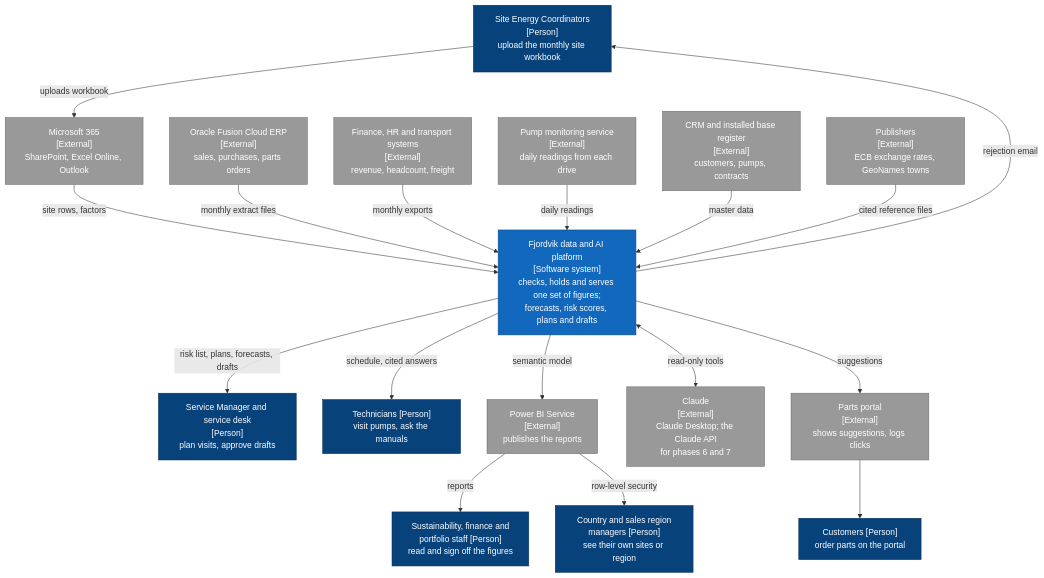
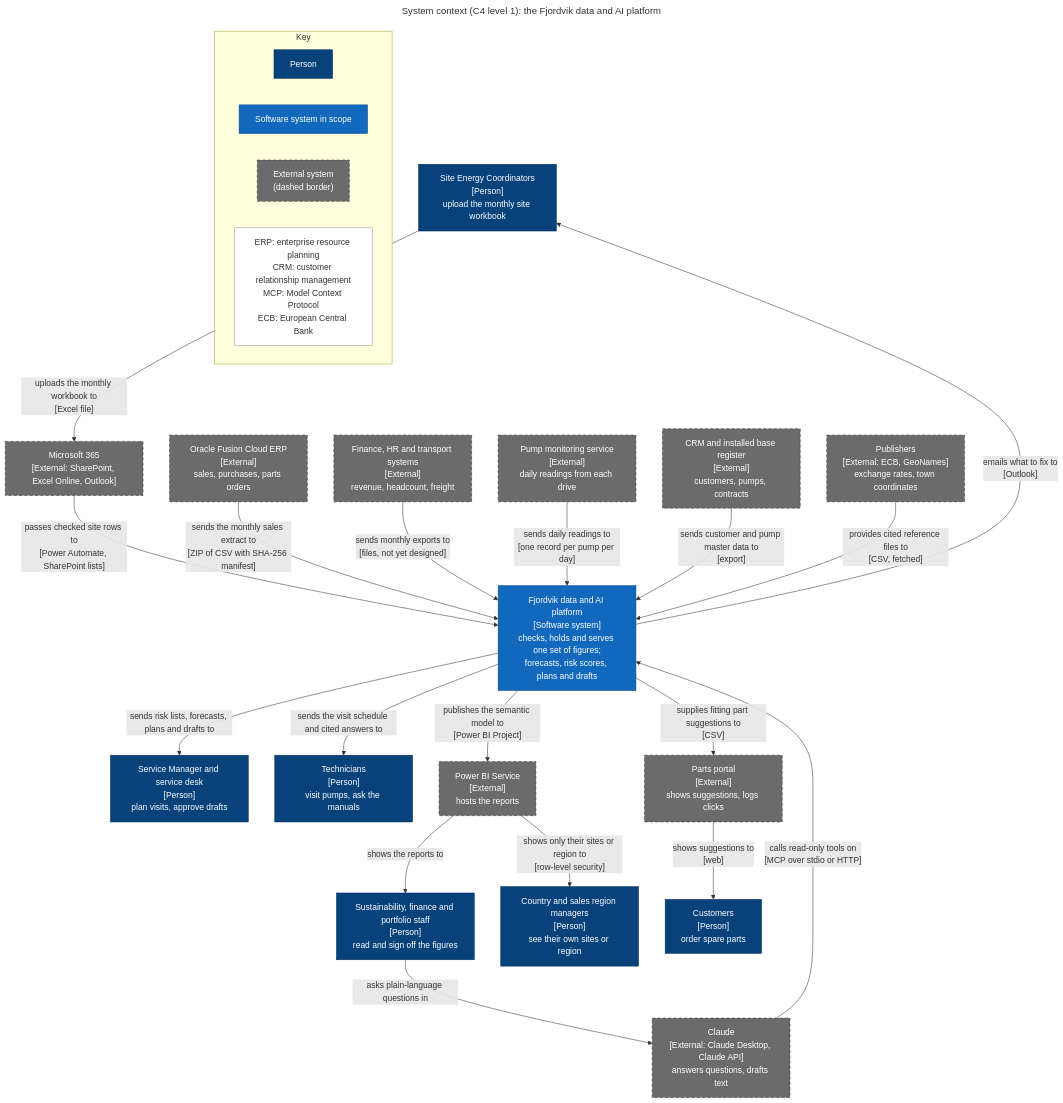
The first of 4 diagrams in docs/architecture.md (voneeci/fjordvik), drawn with Mermaid before and after one commit. The commit also changed other lines of this file and 5 other files, not shown here.

First line of the commit message:
docs: diagrams to the C4 checklist, metric catalogue, folder proposal

````diff
--- a/docs/architecture.md
+++ b/docs/architecture.md
@@ -27,42 +31,55 @@
 ```mermaid
+---
+title: "System context (C4 level 1): the Fjordvik data and AI platform"
+---
 flowchart TB
     classDef person fill:#08427b,color:#ffffff,stroke:#052e56
     classDef system fill:#1168bd,color:#ffffff,stroke:#0b4884
-    classDef external fill:#999999,color:#ffffff,stroke:#6b6b6b
+    classDef external fill:#6b6b6b,color:#ffffff,stroke:#333333,stroke-dasharray:6 4
+    classDef note fill:#ffffff,color:#333333,stroke:#999999
+
+    subgraph KEY["Key"]
+        direction LR
+        K1["Person"]:::person
+        K2["Software system in scope"]:::system
+        K3["External system<br/>(dashed border)"]:::external
+        K4["ERP: enterprise resource planning<br/>CRM: customer relationship management<br/>MCP: Model Context Protocol<br/>ECB: European Central Bank"]:::note
+    end
 
     SEC["Site Energy Coordinators<br/>[Person]<br/>upload the monthly site workbook"]:::person
-    OFFICE["Sustainability, finance and<br/>portfolio staff [Person]<br/>read and sign off the figures"]:::person
-    MGR["Country and sales region<br/>managers [Person]<br/>see their own sites or region"]:::person
+    OFFICE["Sustainability, finance and portfolio staff<br/>[Person]<br/>read and sign off the figures"]:::person
+    MGR["Country and sales region managers<br/>[Person]<br/>see their own sites or region"]:::person
     SVC["Service Manager and service desk<br/>[Person]<br/>plan visits, approve drafts"]:::person
-    TECH["Technicians [Person]<br/>visit pumps, ask the manuals"]:::person
-    CUST["Customers [Person]<br/>order parts on the portal"]:::person
+    TECH["Technicians<br/>[Person]<br/>visit pumps, ask the manuals"]:::person
+    CUST["Customers<br/>[Person]<br/>order spare parts"]:::person
 
     P["Fjordvik data and AI platform<br/>[Software system]<br/>checks, holds and serves one set of figures;<br/>forecasts, risk scores, plans and drafts"]:::system
 
-    M365["Microsoft 365<br/>[External]<br/>SharePoint, Excel Online, Outlook"]:::external
+    M365["Microsoft 365<br/>[External: SharePoint, Excel Online, Outlook]"]:::external
     ERP["Oracle Fusion Cloud ERP<br/>[External]<br/>sales, purchases, parts orders"]:::external
     FINHR["Finance, HR and transport systems<br/>[External]<br/>revenue, headcount, freight"]:::external
     MON["Pump monitoring service<br/>[External]<br/>daily readings from each drive"]:::external
     CRM["CRM and installed base register<br/>[External]<br/>customers, pumps, contracts"]:::external
-    PBI["Power BI Service<br/>[External]<br/>publishes the reports"]:::external
-    CLAUDE["Claude<br/>[External]<br/>Claude Desktop; the Claude API<br/>for phases 6 and 7"]:::external
-    PUB["Publishers<br/>[External]<br/>ECB exchange rates, GeoNames towns"]:::external
+    PUB["Publishers<br/>[External: ECB, GeoNames]<br/>exchange rates, town coordinates"]:::external
+    PBI["Power BI Service<br/>[External]<br/>hosts the reports"]:::external
+    CLAUDE["Claude<br/>[External: Claude Desktop, Claude API]<br/>answers questions, drafts text"]:::external
     PORTAL["Parts portal<br/>[External]<br/>shows suggestions, logs clicks"]:::external
 
-    SEC -->|"uploads workbook"| M365
-    M365 -->|"site rows, factors"| P
-    ERP -->|"monthly extract files"| P
-    FINHR -->|"monthly exports"| P
-    MON -->|"daily readings"| P
-    CRM -->|"master data"| P
-    PUB -->|"cited reference files"| P
-    P -->|"semantic model"| PBI
-    PBI -->|"reports"| OFFICE
-    PBI -->|"row-level security"| MGR
-    P <-->|"read-only tools"| CLAUDE
-    P -->|"risk list, plans, forecasts, drafts"| SVC
-    P -->|"schedule, cited answers"| TECH
-    P -->|"suggestions"| PORTAL
-    PORTAL --> CUST
-    P -->|"rejection email"| SEC
+    SEC -->|"uploads the monthly workbook to<br/>[Excel file]"| M365
+    M365 -->|"passes checked site rows to<br/>[Power Automate, SharePoint lists]"| P
+    P -->|"emails what to fix to<br/>[Outlook]"| SEC
+    ERP -->|"sends the monthly sales extract to<br/>[ZIP of CSV with SHA-256 manifest]"| P
+    FINHR -->|"sends monthly exports to<br/>[files, not yet designed]"| P
+    MON -->|"sends daily readings to<br/>[one record per pump per day]"| P
+    CRM -->|"sends customer and pump master data to<br/>[export]"| P
+    PUB -->|"provides cited reference files to<br/>[CSV, fetched]"| P
+    P -->|"publishes the semantic model to<br/>[Power BI Project]"| PBI
+    PBI -->|"shows the reports to"| OFFICE
+    PBI -->|"shows only their sites or region to<br/>[row-level security]"| MGR
+    OFFICE -->|"asks plain-language questions in"| CLAUDE
+    CLAUDE -->|"calls read-only tools on<br/>[MCP over stdio or HTTP]"| P
+    P -->|"sends risk lists, forecasts, plans and drafts to"| SVC
+    P -->|"sends the visit schedule and cited answers to"| TECH
+    P -->|"supplies fitting part suggestions to<br/>[CSV]"| PORTAL
+    PORTAL -->|"shows suggestions to<br/>[web]"| CUST
 ```
````
